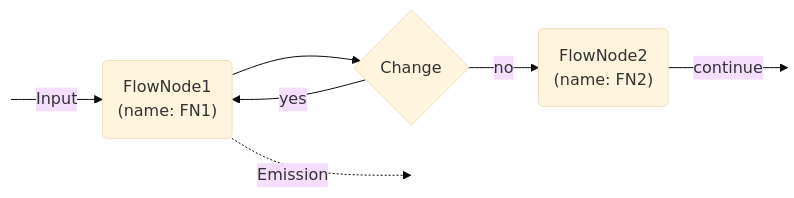
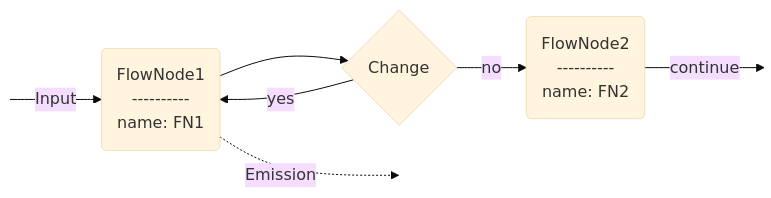
One commit to SeivenBell/oqd-core changed the sixth of 8 diagrams in docs/compilation.md. Above: the diagram before and after it, drawn with Mermaid (base theme). The commit also changed other lines of this file and 1 other file, not shown here.

````diff
--- a/docs/compilation.md
+++ b/docs/compilation.md
@@ -86,12 +89,15 @@
     ```mermaid
     flowchart LR
+    
+    node1("FlowNode1<br/>----------<br/>name: FN1")
+    node2("FlowNode2<br/>----------<br/>name: FN2")
 
     
-    START:::hidden -- Input --> node1("FlowNode1<br/>(name: FN1)") --> change1{Change} -- no --> node2("FlowNode2<br/>(name: FN2)") -- continue --> END:::hidden
+    START:::hidden -- Input --> node1 --> change1{Change} -- no --> node2 -- continue --> END:::hidden
     
     change1 -- yes --> node1
 
     node1 -. Emission .-> MID1:::hidden
 
     classDef hidden display: none;
     ```
````
